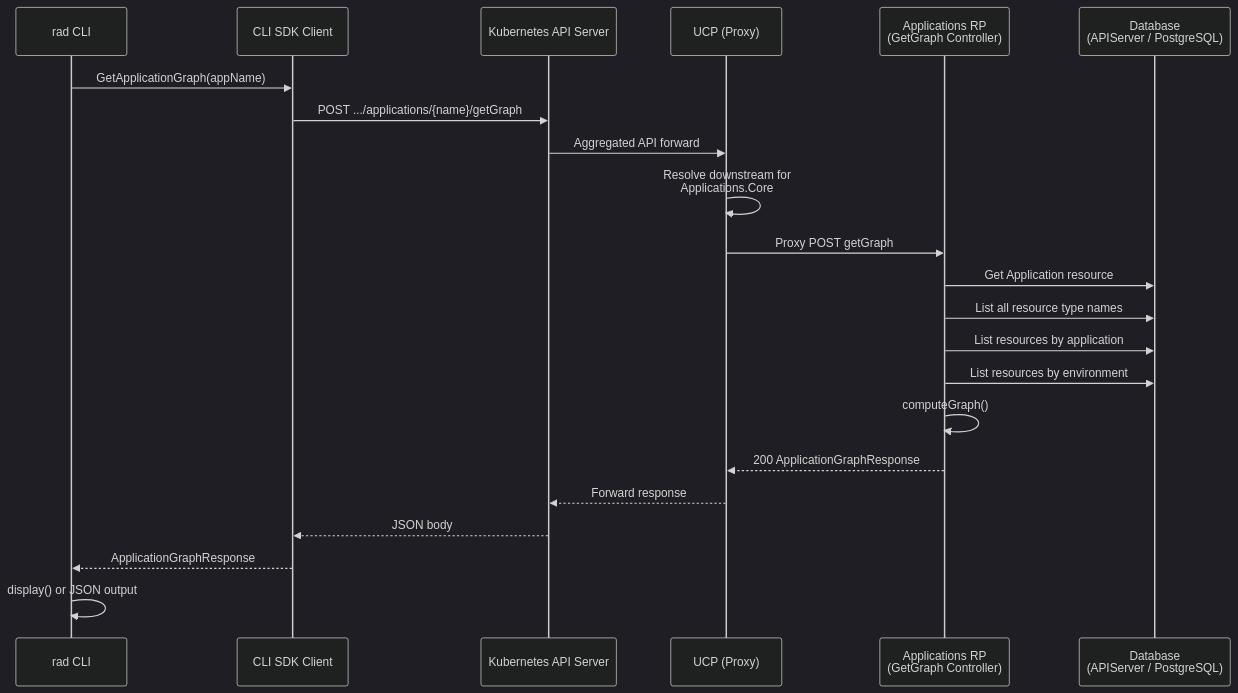
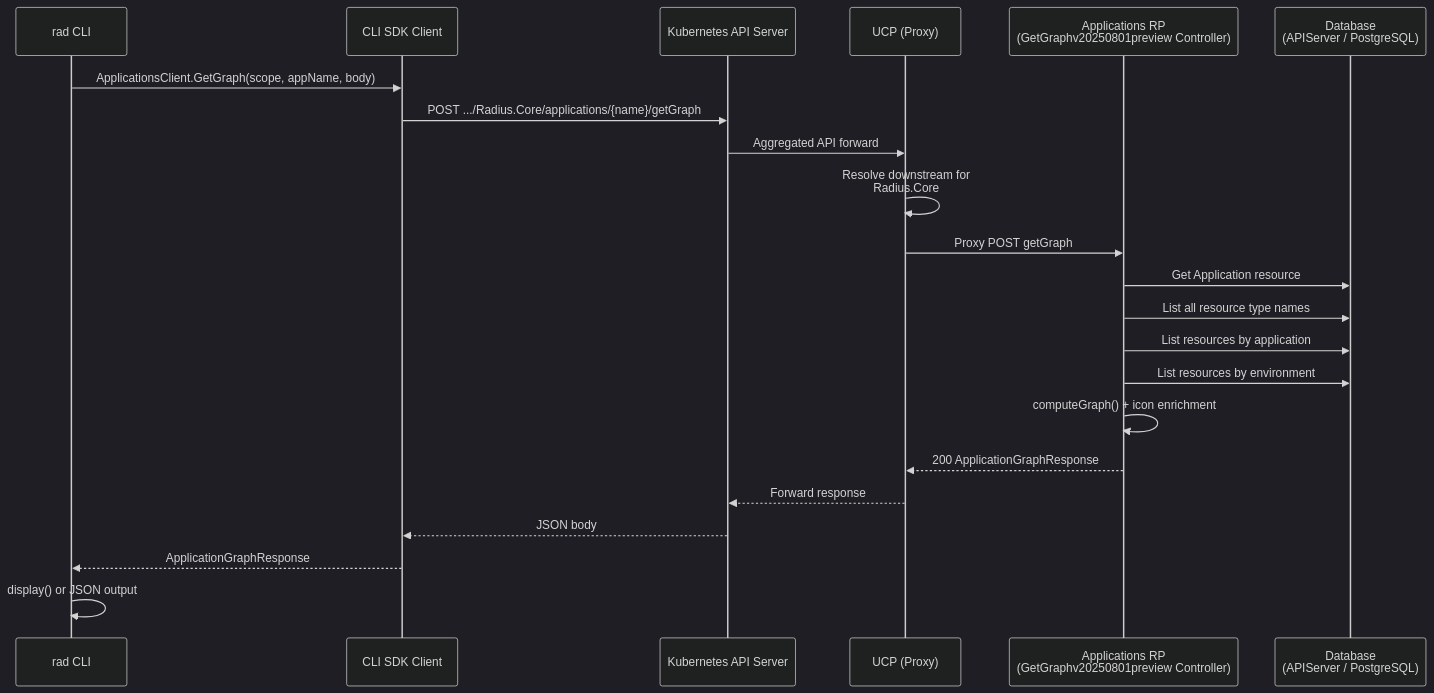
Before and after one commit to radius-project/radius: the first of 6 diagrams in docs/architecture/application-graph.md, drawn with Mermaid (dark theme). The commit also changed other lines of this file and 40 other files, not shown here.

Commit message:
feat(cli) make rad app commands target Radius.Core without --preview

````diff
--- a/docs/architecture/application-graph.md
+++ b/docs/architecture/application-graph.md
@@ -18,25 +22,25 @@
 ```mermaid
 sequenceDiagram
     participant CLI as rad CLI
     participant SDK as CLI SDK Client
     participant K8s as Kubernetes API Server
     participant UCP as UCP (Proxy)
-    participant RP as Applications RP<br/>(GetGraph Controller)
+    participant RP as Applications RP<br/>(GetGraphv20250801preview Controller)
     participant DB as Database<br/>(APIServer / PostgreSQL)
 
-    CLI->>SDK: GetApplicationGraph(appName)
-    SDK->>K8s: POST .../applications/{name}/getGraph
+    CLI->>SDK: ApplicationsClient.GetGraph(scope, appName, body)
+    SDK->>K8s: POST .../Radius.Core/applications/{name}/getGraph
     K8s->>UCP: Aggregated API forward
-    UCP->>UCP: Resolve downstream for<br/>Applications.Core
+    UCP->>UCP: Resolve downstream for<br/>Radius.Core
     UCP->>RP: Proxy POST getGraph
     RP->>DB: Get Application resource
     RP->>DB: List all resource type names
     RP->>DB: List resources by application
     RP->>DB: List resources by environment
-    RP->>RP: computeGraph()
+    RP->>RP: computeGraph() + icon enrichment
     RP-->>UCP: 200 ApplicationGraphResponse
     UCP-->>K8s: Forward response
     K8s-->>SDK: JSON body
     SDK-->>CLI: ApplicationGraphResponse
     CLI->>CLI: display() or JSON output
 ```
````
